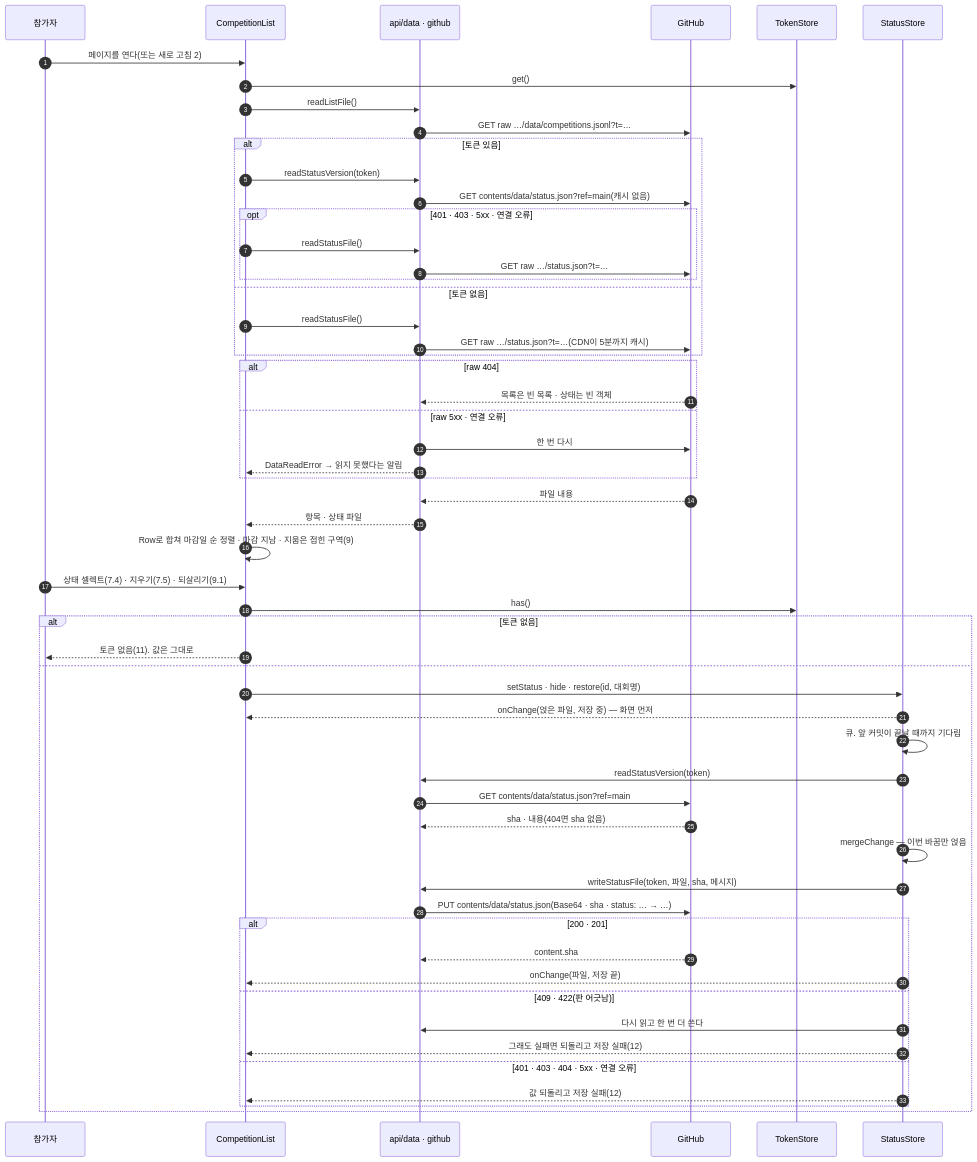
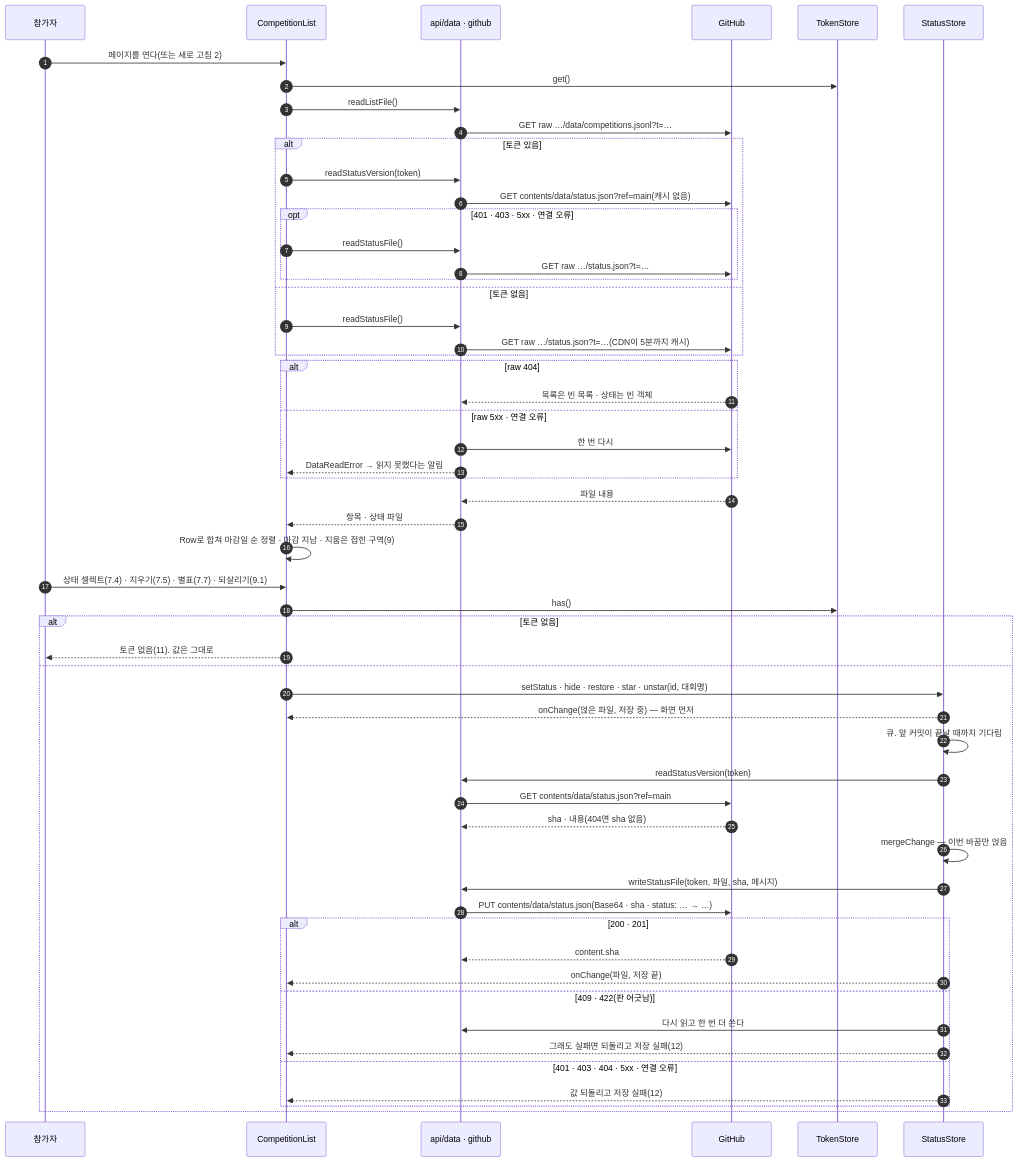
One commit to HoyoungParkme/competition-crawler changed diagram 11 of 12 in docs/specs/09-SEQ/CCR-SEQ-001.md. Above: the diagram before and after it, drawn with Mermaid. The commit also changed other lines of this file, not shown here.

Commit message:
spec(SEQ-001): SEQ-11 — 별표(7.7)와 star · unstar, UC-H1 1c(사용자 요청 2026-10-01)

````diff
--- a/docs/specs/09-SEQ/CCR-SEQ-001.md
+++ b/docs/specs/09-SEQ/CCR-SEQ-001.md
@@ -443,58 +443,58 @@
 ```mermaid
 sequenceDiagram
     autonumber
     participant U as 참가자
     participant UI as CompetitionList
     participant RF as api/data · github
     participant GHB as GitHub
     participant TK as TokenStore
     participant ST as StatusStore
     U->>UI: 페이지를 연다(또는 새로 고침 2)
     UI->>TK: get()
     UI->>RF: readListFile()
     RF->>GHB: GET raw …/data/competitions.jsonl?t=…
     alt 토큰 있음
         UI->>RF: readStatusVersion(token)
         RF->>GHB: GET contents/data/status.json?ref=main(캐시 없음)
         opt 401 · 403 · 5xx · 연결 오류
             UI->>RF: readStatusFile()
             RF->>GHB: GET raw …/status.json?t=…
         end
     else 토큰 없음
         UI->>RF: readStatusFile()
         RF->>GHB: GET raw …/status.json?t=…(CDN이 5분까지 캐시)
     end
     alt raw 404
         GHB-->>RF: 목록은 빈 목록 · 상태는 빈 객체
     else raw 5xx · 연결 오류
         RF->>GHB: 한 번 다시
         RF-->>UI: DataReadError → 읽지 못했다는 알림
     end
     GHB-->>RF: 파일 내용
     RF-->>UI: 항목 · 상태 파일
     UI->>UI: Row로 합쳐 마감일 순 정렬 · 마감 지남 · 지움은 접힌 구역(9)
-    U->>UI: 상태 셀렉트(7.4) · 지우기(7.5) · 되살리기(9.1)
+    U->>UI: 상태 셀렉트(7.4) · 지우기(7.5) · 별표(7.7) · 되살리기(9.1)
     UI->>TK: has()
     alt 토큰 없음
         UI-->>U: 토큰 없음(11). 값은 그대로
     else
-        UI->>ST: setStatus · hide · restore(id, 대회명)
+        UI->>ST: setStatus · hide · restore · star · unstar(id, 대회명)
         ST-->>UI: onChange(얹은 파일, 저장 중) — 화면 먼저
         ST->>ST: 큐. 앞 커밋이 끝날 때까지 기다림
         ST->>RF: readStatusVersion(token)
         RF->>GHB: GET contents/data/status.json?ref=main
         GHB-->>RF: sha · 내용(404면 sha 없음)
         ST->>ST: mergeChange — 이번 바꿈만 얹음
         ST->>RF: writeStatusFile(token, 파일, sha, 메시지)
         RF->>GHB: PUT contents/data/status.json(Base64 · sha · status: … → …)
         alt 200 · 201
             GHB-->>RF: content.sha
             ST-->>UI: onChange(파일, 저장 끝)
         else 409 · 422(판 어긋남)
             ST->>RF: 다시 읽고 한 번 더 쓴다
             ST-->>UI: 그래도 실패면 되돌리고 저장 실패(12)
         else 401 · 403 · 404 · 5xx · 연결 오류
             ST-->>UI: 값 되돌리고 저장 실패(12)
         end
     end
 ```
````
